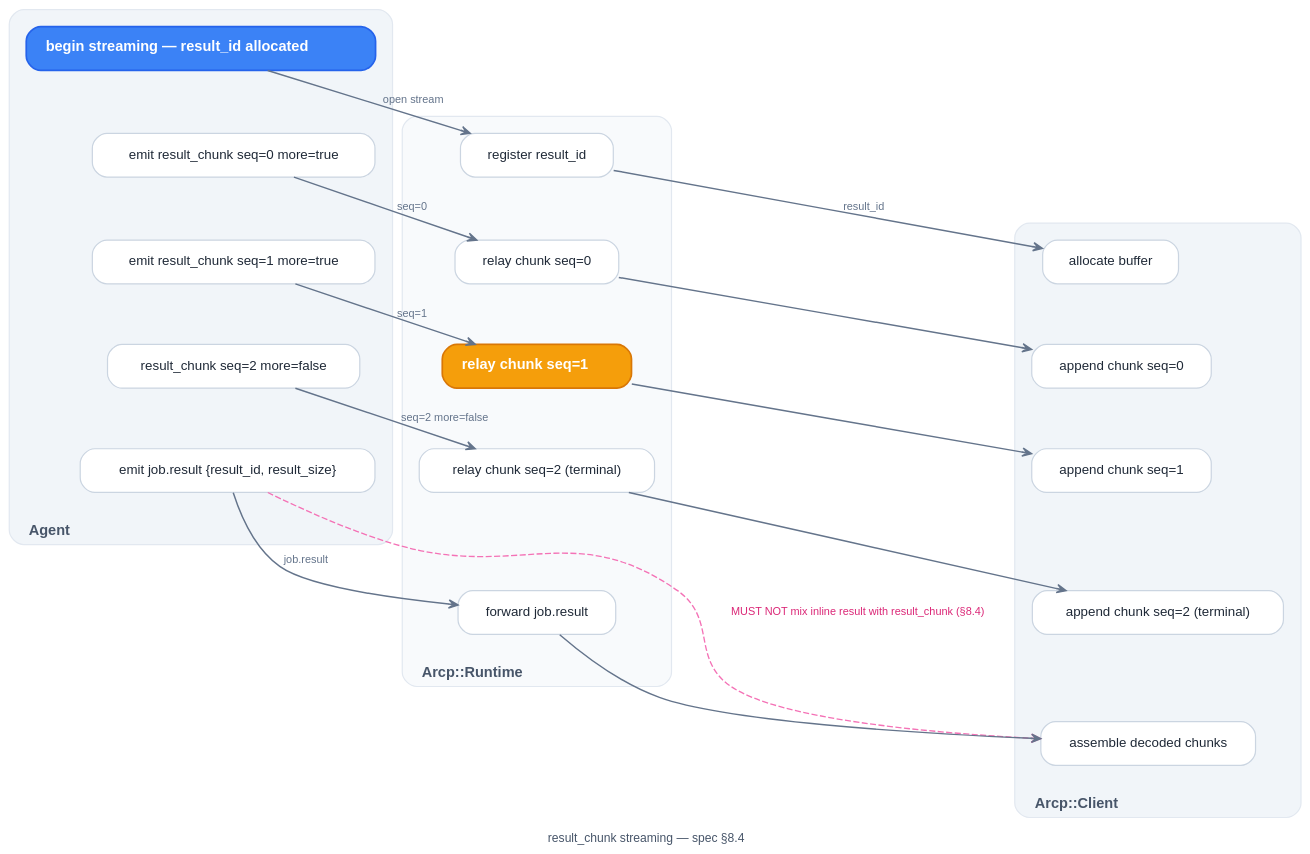
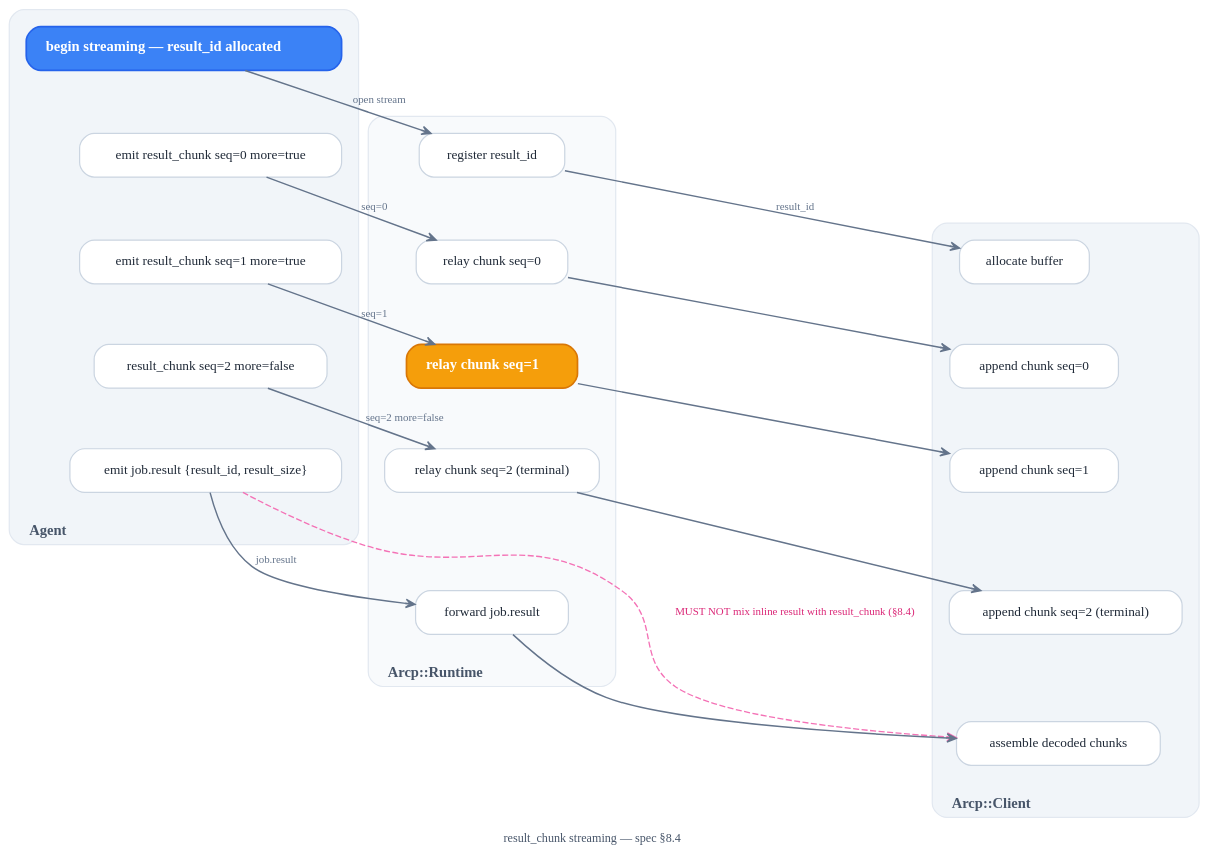
Before and after one commit to agentruntimecontrolprotocol/ruby-sdk: the diagram in docs/diagrams/result-chunk-sequence-light.dot, drawn with Graphviz. The commit also changed 23 other files, not shown here.

First line of the commit message:
Harmonize Graphviz diagrams with the ARCP design system

```diff
--- a/docs/diagrams/result-chunk-sequence-light.dot
+++ b/docs/diagrams/result-chunk-sequence-light.dot
@@ -1,140 +1,140 @@
 // ============================================================================
 //  result_chunk streaming sequence (LIGHT variant)
 // ============================================================================
 
 digraph ResultChunkSequence {
   rankdir=TB;
   bgcolor="transparent";
   compound=true;
-  fontname="Helvetica";
+  fontname="TT Commons Pro Trial";
   splines=spline;
   nodesep=0.32;
   ranksep=0.55;
   pad="0.35,0.25";
   labelloc=b;
   label=<<FONT POINT-SIZE="10" COLOR="#475569">result_chunk streaming — spec §8.4</FONT>>;
 
   node [
     shape=box,
     style="rounded,filled",
     fillcolor="white",
     color="#CBD5E1",
-    fontname="Helvetica",
+    fontname="TT Commons Pro Trial",
     fontsize=11,
     fontcolor="#1F2937",
     margin="0.22,0.11",
     penwidth=1.0
   ];
 
   edge [
-    fontname="Helvetica",
+    fontname="TT Commons Pro Trial",
     fontsize=9,
     fontcolor="#64748B",
     color="#94A3B8",
     penwidth=1.1,
     arrowsize=0.75,
     arrowhead=vee
   ];
 
   subgraph cluster_agent {
     label=<<TABLE BORDER="0" CELLBORDER="0" CELLPADDING="0" CELLSPACING="0"><TR><TD COLSPAN="3" HEIGHT="8"></TD></TR><TR><TD WIDTH="8"></TD><TD><FONT POINT-SIZE="12"><B>Agent</B></FONT></TD><TD WIDTH="8"></TD></TR></TABLE>>;
     style="rounded,filled";
     fillcolor="#F1F5F9";
     color="#E2E8F0";
-    fontname="Helvetica";
+    fontname="TT Commons Pro Trial";
     fontcolor="#475569";
     margin=14;
     labeljust=l;
     penwidth=1.0;
 
     agent_1 [
       label=<<FONT POINT-SIZE="12"><B>begin streaming — result_id allocated</B></FONT>>,
       fillcolor="#3B82F6", color="#2563EB",
       fontcolor="white", penwidth=1.4
     ];
 
     agent_2 [label="emit result_chunk seq=0 more=true"];
     agent_3 [label="emit result_chunk seq=1 more=true"];
     agent_final [label="result_chunk seq=2 more=false"];
     agent_terminator [label="emit job.result {result_id, result_size}"];
 
     agent_1 -> agent_2 [style=invis];
     agent_2 -> agent_3 [style=invis];
     agent_3 -> agent_final [style=invis];
     agent_final -> agent_terminator [style=invis];
   }
 
   subgraph cluster_runtime {
     label=<<TABLE BORDER="0" CELLBORDER="0" CELLPADDING="0" CELLSPACING="0"><TR><TD COLSPAN="3" HEIGHT="8"></TD></TR><TR><TD WIDTH="8"></TD><TD><FONT POINT-SIZE="12"><B>Arcp::Runtime</B></FONT></TD><TD WIDTH="8"></TD></TR></TABLE>>;
     style="rounded,filled";
     fillcolor="#F8FAFC";
     color="#E2E8F0";
-    fontname="Helvetica";
+    fontname="TT Commons Pro Trial";
     fontcolor="#475569";
     margin=14;
     labeljust=l;
     penwidth=1.0;
 
     runtime_1 [label="register result_id"];
     runtime_2 [label="relay chunk seq=0"];
 
     runtime_relay [
       label=<<FONT POINT-SIZE="12"><B>relay chunk seq=1</B></FONT>>,
       fillcolor="#F59E0B", color="#D97706",
       fontcolor="white", penwidth=1.4
     ];
 
     runtime_final [label="relay chunk seq=2 (terminal)"];
     runtime_terminator [label="forward job.result"];
 
     runtime_1 -> runtime_2 [style=invis];
     runtime_2 -> runtime_relay [style=invis];
     runtime_relay -> runtime_final [style=invis];
     runtime_final -> runtime_terminator [style=invis];
   }
 
   subgraph cluster_client {
     label=<<TABLE BORDER="0" CELLBORDER="0" CELLPADDING="0" CELLSPACING="0"><TR><TD COLSPAN="3" HEIGHT="8"></TD></TR><TR><TD WIDTH="8"></TD><TD><FONT POINT-SIZE="12"><B>Arcp::Client</B></FONT></TD><TD WIDTH="8"></TD></TR></TABLE>>;
     style="rounded,filled";
     fillcolor="#F1F5F9";
     color="#E2E8F0";
-    fontname="Helvetica";
+    fontname="TT Commons Pro Trial";
     fontcolor="#475569";
     margin=14;
     labeljust=l;
     penwidth=1.0;
 
     client_1 [label="allocate buffer"];
     client_2 [label="append chunk seq=0"];
     client_3 [label="append chunk seq=1"];
     client_final [label="append chunk seq=2 (terminal)"];
     client_terminator [label="assemble decoded chunks"];
 
     client_1 -> client_2 [style=invis];
     client_2 -> client_3 [style=invis];
     client_3 -> client_final [style=invis];
     client_final -> client_terminator [style=invis];
   }
 
   // PRIMARY SPINE — cross-lane message flow
   edge [color="#64748B", penwidth=1.2];
   agent_1 -> runtime_1 [label="open stream"];
   agent_2 -> runtime_2 [label="seq=0"];
   agent_3 -> runtime_relay [label="seq=1"];
   agent_final -> runtime_final [label="seq=2 more=false"];
   agent_terminator -> runtime_terminator [label="job.result"];
 
   runtime_2 -> client_2;
   runtime_relay -> client_3;
   runtime_final -> client_final;
   runtime_terminator -> client_terminator;
   runtime_1 -> client_1 [label="result_id"];
 
   // FEEDBACK / WARNING NOTE
   agent_terminator -> client_terminator [
     style=dashed, color="#F472B6", penwidth=1.1,
     constraint=false,
     label=<<FONT COLOR="#DB2777">MUST NOT mix inline result with result_chunk (§8.4)</FONT>>, fontsize=9
   ];
 
 }
```
